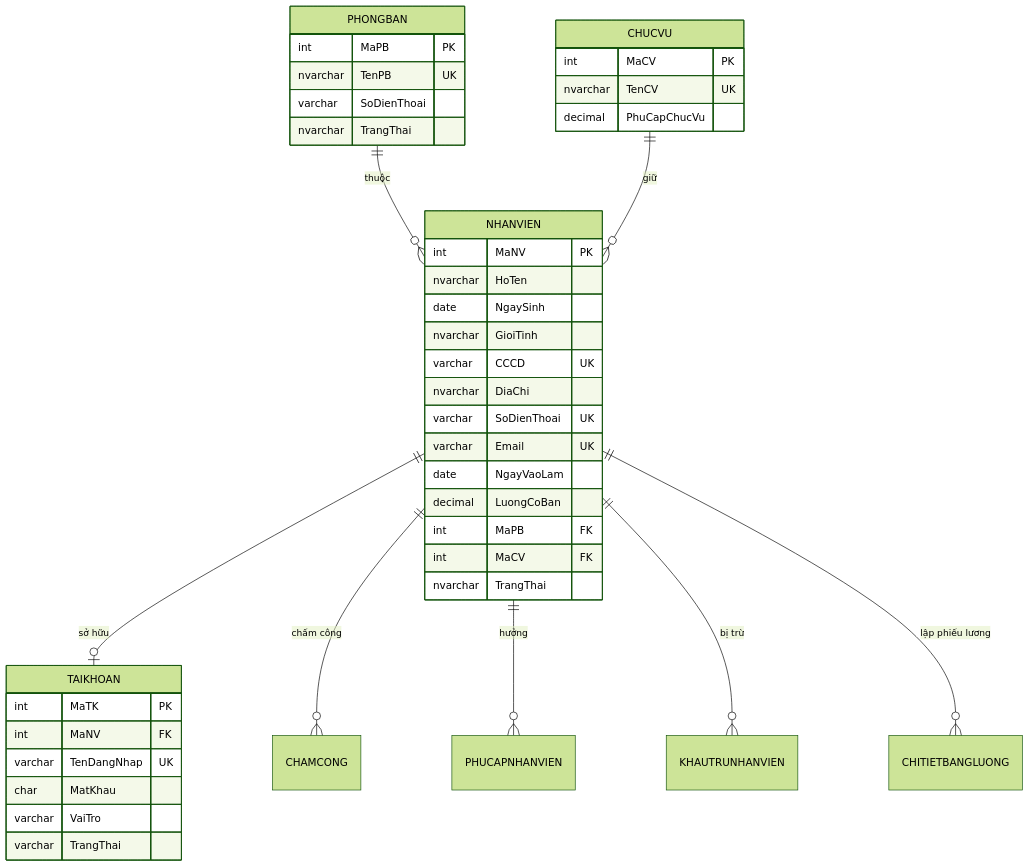
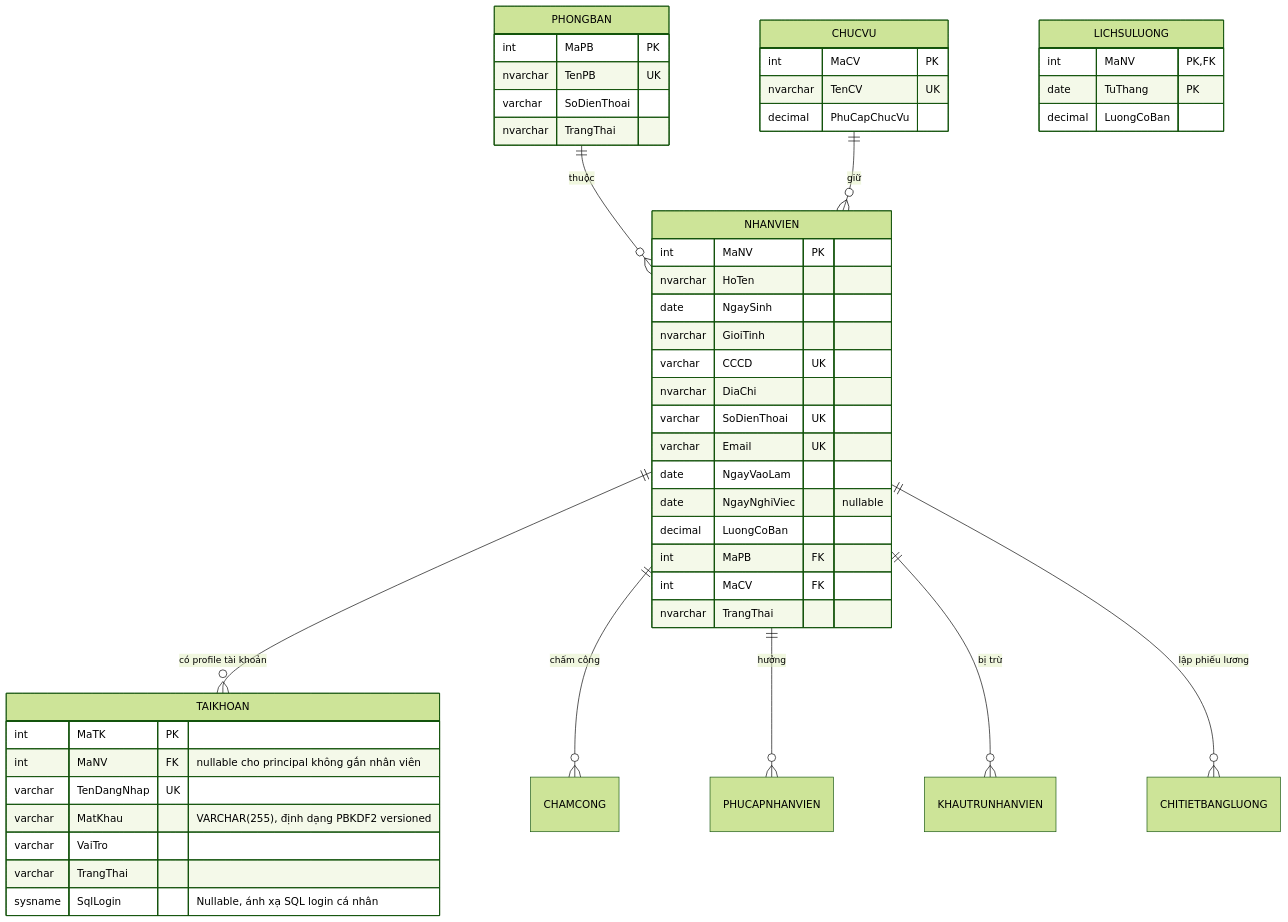
The diagram in docs/TV1_Tien_Do_Thuc_Hien.md (tranducanhyn99-prog/Project_QuanLyNhanSuTienLuong), drawn with Mermaid (forest theme) before and after one commit. The commit also changed other lines of this file and 95 other files, not shown here.

````diff
--- a/docs/TV1_Tien_Do_Thuc_Hien.md
+++ b/docs/TV1_Tien_Do_Thuc_Hien.md
@@ -94,48 +96,56 @@
 ```mermaid
 erDiagram
     PHONGBAN ||--o{ NHANVIEN : "thuộc"
     CHUCVU ||--o{ NHANVIEN : "giữ"
-    NHANVIEN ||--o| TAIKHOAN : "sở hữu"
+    NHANVIEN ||--o{ TAIKHOAN : "có profile tài khoản"
     NHANVIEN ||--o{ CHAMCONG : "chấm công"
     NHANVIEN ||--o{ PHUCAPNHANVIEN : "hưởng"
     NHANVIEN ||--o{ KHAUTRUNHANVIEN : "bị trừ"
     NHANVIEN ||--o{ CHITIETBANGLUONG : "lập phiếu lương"
 
     PHONGBAN {
         int MaPB PK
         nvarchar TenPB UK
         varchar SoDienThoai
         nvarchar TrangThai
     }
 
     CHUCVU {
         int MaCV PK
         nvarchar TenCV UK
         decimal PhuCapChucVu
     }
 
     NHANVIEN {
         int MaNV PK
         nvarchar HoTen
         date NgaySinh
         nvarchar GioiTinh
         varchar CCCD UK
         nvarchar DiaChi
         varchar SoDienThoai UK
         varchar Email UK
         date NgayVaoLam
+        date NgayNghiViec "nullable"
         decimal LuongCoBan
         int MaPB FK
         int MaCV FK
         nvarchar TrangThai
     }
 
     TAIKHOAN {
         int MaTK PK
-        int MaNV FK
+        int MaNV FK "nullable cho principal không gắn nhân viên"
         varchar TenDangNhap UK
-        char MatKhau
+        varchar MatKhau "VARCHAR(255), định dạng PBKDF2 versioned"
         varchar VaiTro
         varchar TrangThai
+        sysname SqlLogin "Nullable, ánh xạ SQL login cá nhân"
+    }
+
+    LICHSULUONG {
+        int MaNV PK, FK
+        date TuThang PK
+        decimal LuongCoBan
     }
 ```
````
